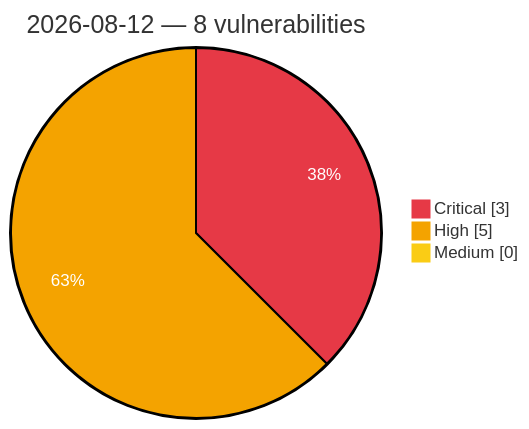
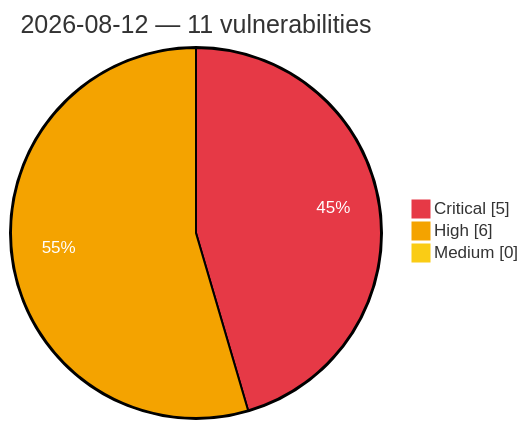
One commit to GhostX0X/vuln-tracker changed the diagram in vulnerabilities/2026/August/2026-08-12.md. Above: the diagram before and after it, drawn with Mermaid. The commit also changed other lines of this file and 5 other files, not shown here.

Commit message:
Auto update: critical/high vulns (2026-08-12 11:10 UTC)

````diff
--- a/vulnerabilities/2026/August/2026-08-12.md
+++ b/vulnerabilities/2026/August/2026-08-12.md
@@ -3,8 +3,8 @@
 ```mermaid
 %%{init: {'theme':'base', 'themeVariables': {'pie1':'#e63946', 'pie2':'#f4a300', 'pie3':'#facc15', 'pieOpacity':'1', 'pieOuterStrokeWidth':'2px', 'pieSectionTextColor':'#ffffff'}}}%%
 pie showData
-    title 2026-08-12 — 8 vulnerabilities
-    "Critical" : 3
-    "High" : 5
+    title 2026-08-12 — 11 vulnerabilities
+    "Critical" : 5
+    "High" : 6
     "Medium" : 0
 ```
````
